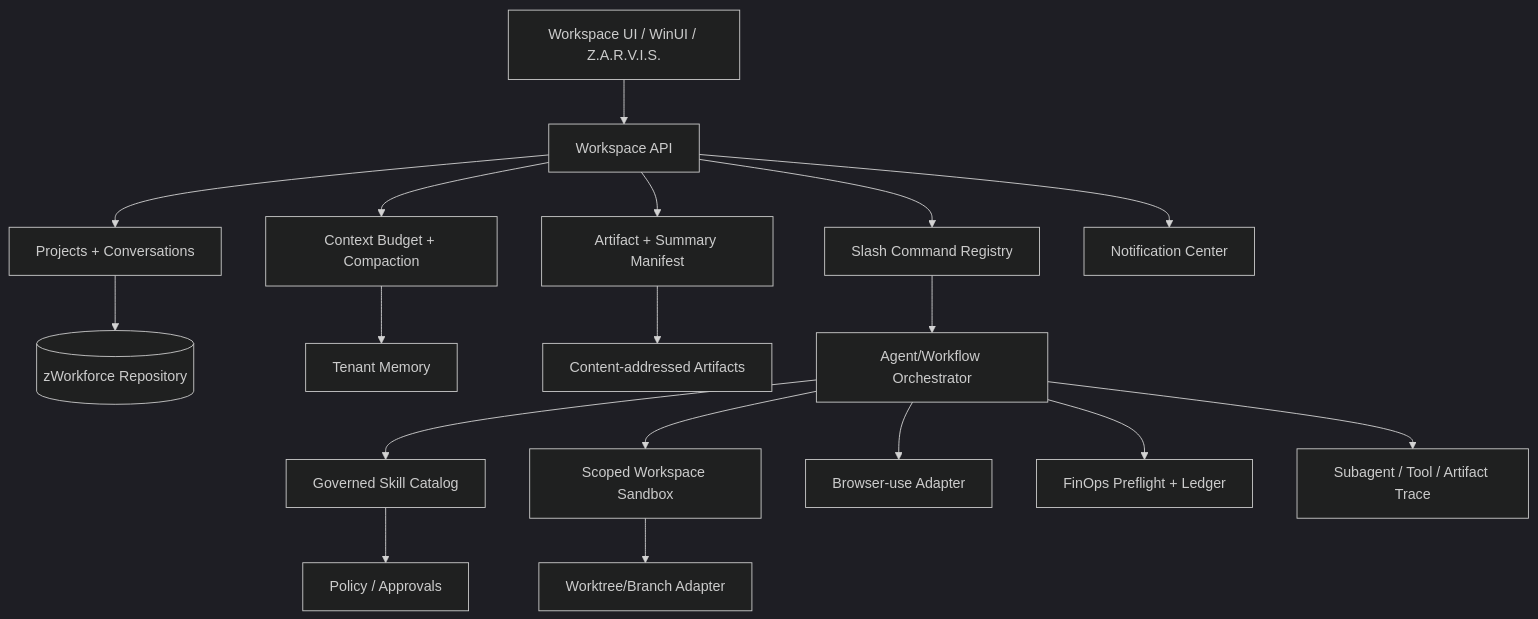
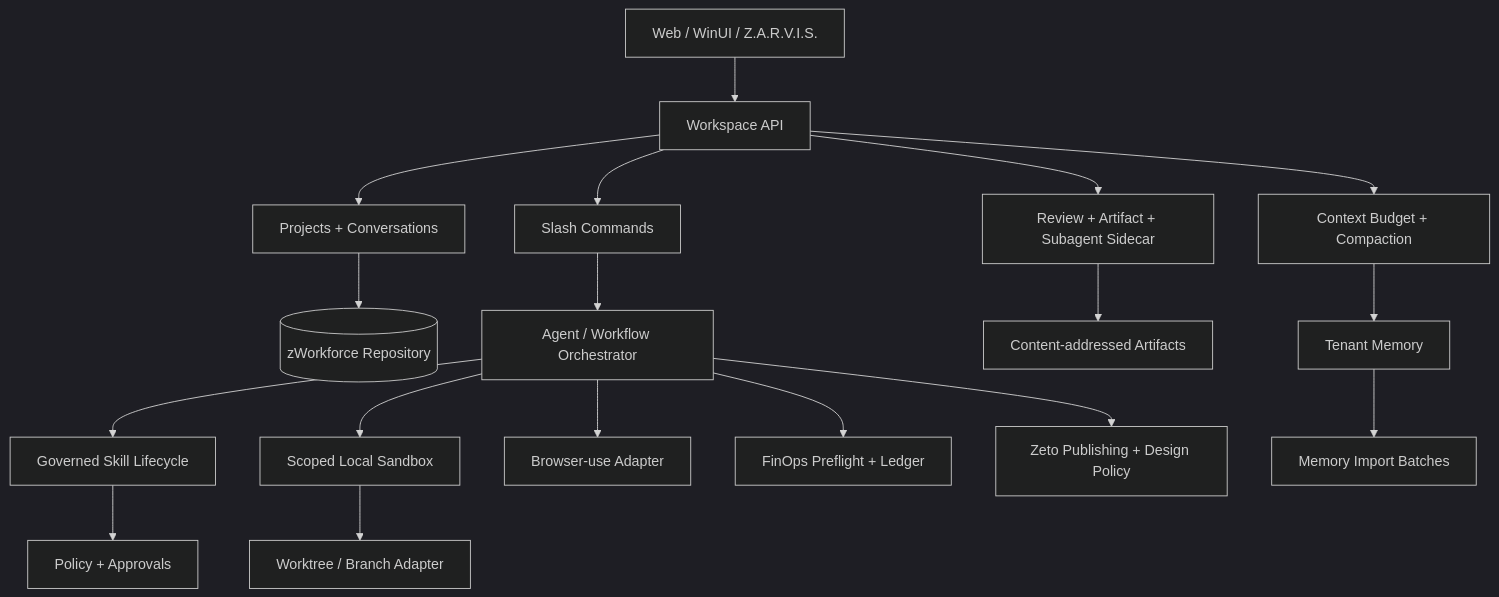
Before and after one commit to cvsz/zWorkforce: the diagram in docs/SKYWORK-CHANGELOG-REVERSE-ENGINEERING.md, drawn with Mermaid (dark theme). The commit also changed other lines of this file, not shown here.

````diff
--- a/docs/SKYWORK-CHANGELOG-REVERSE-ENGINEERING.md
+++ b/docs/SKYWORK-CHANGELOG-REVERSE-ENGINEERING.md
@@ -57,23 +67,20 @@
 ```mermaid
 flowchart TB
-  UI[Workspace UI / WinUI / Z.A.R.V.I.S.] --> WAPI[Workspace API]
+  UI[Web / WinUI / Z.A.R.V.I.S.] --> WAPI[Workspace API]
   WAPI --> PROJ[Projects + Conversations]
   WAPI --> CTX[Context Budget + Compaction]
-  WAPI --> ART[Artifact + Summary Manifest]
-  WAPI --> CMD[Slash Command Registry]
-  WAPI --> NOTIFY[Notification Center]
-
+  WAPI --> SIDE[Review + Artifact + Subagent Sidecar]
+  WAPI --> CMD[Slash Commands]
   PROJ --> DB[(zWorkforce Repository)]
   CTX --> MEM[Tenant Memory]
-  ART --> STORE[Content-addressed Artifacts]
-
-  CMD --> ORCH[Agent/Workflow Orchestrator]
-  ORCH --> SKILLS[Governed Skill Catalog]
-  SKILLS --> POLICY[Policy / Approvals]
-  ORCH --> SANDBOX[Scoped Workspace Sandbox]
-  SANDBOX --> GIT[Worktree/Branch Adapter]
+  SIDE --> ART[Content-addressed Artifacts]
+  CMD --> ORCH[Agent / Workflow Orchestrator]
+  ORCH --> SKILL[Governed Skill Lifecycle]
+  SKILL --> POLICY[Policy + Approvals]
+  ORCH --> SANDBOX[Scoped Local Sandbox]
+  SANDBOX --> GIT[Worktree / Branch Adapter]
   ORCH --> ZIDER[Browser-use Adapter]
-
   ORCH --> COST[FinOps Preflight + Ledger]
-  ORCH --> TRACE[Subagent / Tool / Artifact Trace]
+  ORCH --> ZETO[Zeto Publishing + Design Policy]
+  MEM --> IMPORT[Memory Import Batches]
 ```
````
